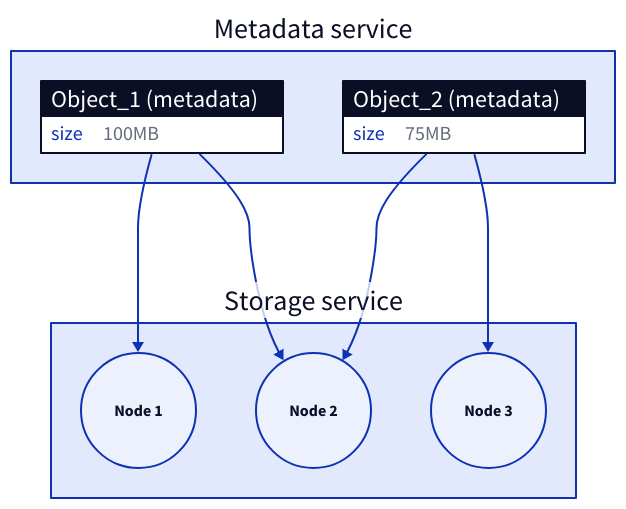
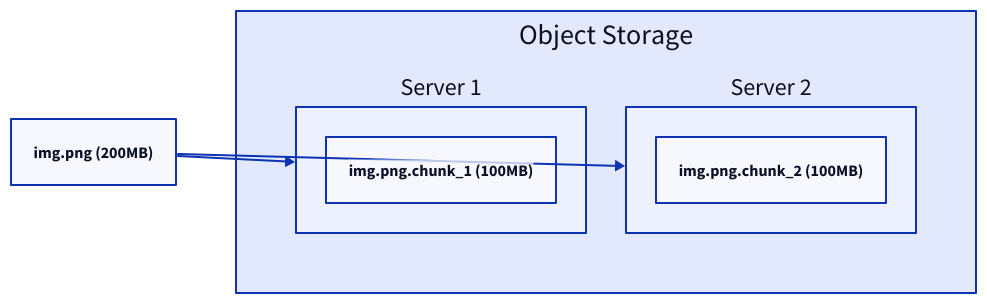
The sixth of 19 diagrams in content/docs/data-persistence/media-storage.md (link1905/system-design-101), drawn with D2 before and after one commit. The commit also changed other lines of this file and 8 other files, not shown here.

````diff
--- a/content/docs/data-persistence/media-storage.md
+++ b/content/docs/data-persistence/media-storage.md
@@ -145,27 +167,20 @@
 ```d2
-m: Metadata service {
-  o1: "Object_1 (metadata)" {
-    shape: sql_table
-    size: 100MB
+f: "img.png (200MB)" {
+  class: file
+}
+o: Object Storage {
+  grid-rows: 1
+  s1: Server 1 {
+    "img.png.chunk_1 (100MB)" {
+      class: file
+    }
   }
-  o2: "Object_2 (metadata)" {
-    shape: sql_table
-    size: 75MB
+  s2: Server 2 {
+    "img.png.chunk_2 (100MB)" {
+      class: file
+    }
   }
 }
-s: Storage service {
-  n1: Node 1 {
-    shape: circle
-  }
-  n2: Node 2 {
-    shape: circle
-  }
-  n3: Node 3 {
-    shape: circle
-  }
-}
-m.o1 -> s.n1
-m.o1 -> s.n2
-m.o2 -> s.n2
-m.o2 -> s.n3
+f -> o.s1
+f -> o.s2
 ```
````
